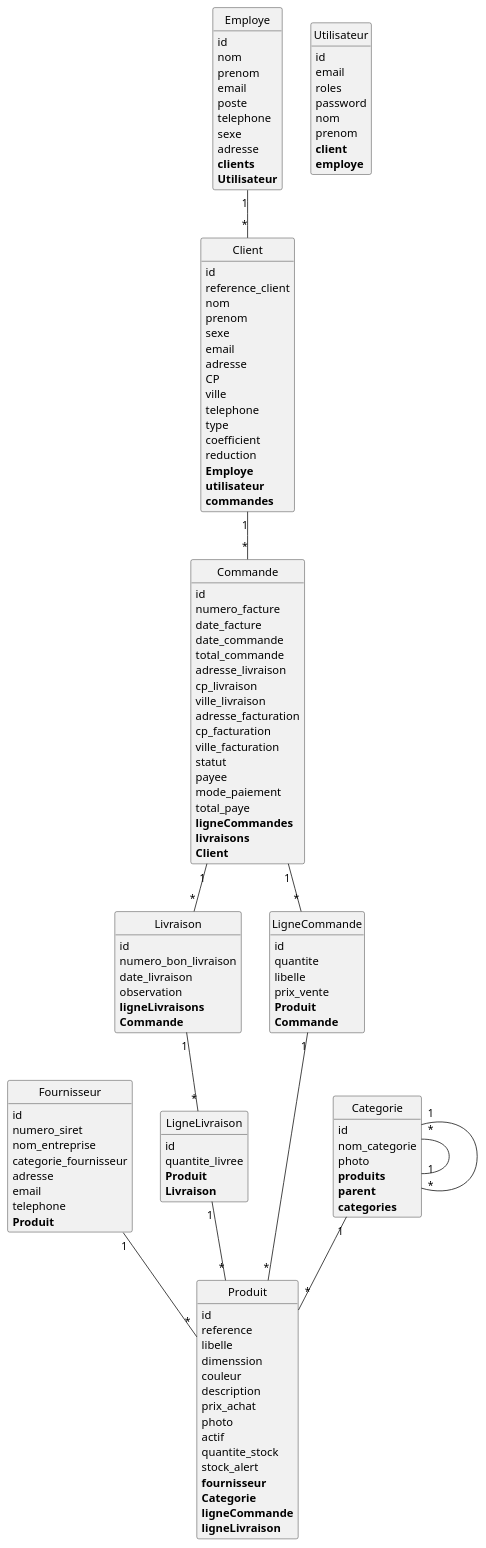
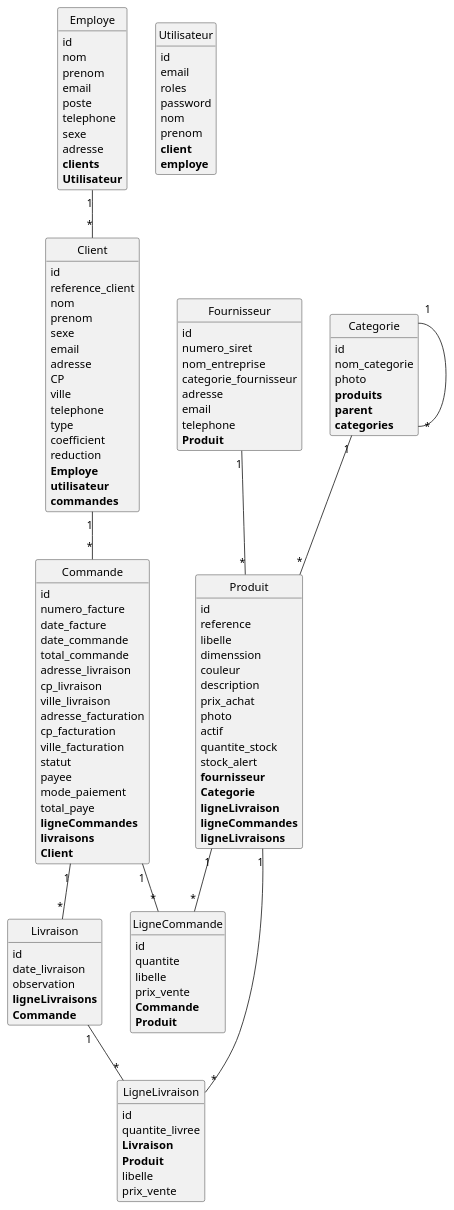
One commit to AMMOUCHI23/villageGreen changed the diagram in puml/index.puml. Above: the diagram before and after it, drawn with PlantUML. The commit also changed 11 other files, not shown here.

```diff
--- a/puml/index.puml
+++ b/puml/index.puml
@@ -1,142 +1,143 @@
 class Livraison {
 	id
-	numero_bon_livraison
 	date_livraison
 	observation
 	**ligneLivraisons**
 	**Commande**
 }
 
 class Client {
 	id
 	reference_client
 	nom
 	prenom
 	sexe
 	email
 	adresse
 	CP
 	ville
 	telephone
 	type
 	coefficient
 	reduction
 	**Employe**
 	**utilisateur**
 	**commandes**
 }
 
 class Fournisseur {
 	id
 	numero_siret
 	nom_entreprise
 	categorie_fournisseur
 	adresse
 	email
 	telephone
 	**Produit**
 }
 
 class LigneLivraison {
 	id
 	quantite_livree
+	**Livraison**
 	**Produit**
-	**Livraison**
+	libelle
+	prix_vente
 }
 
 class Employe {
 	id
 	nom
 	prenom
 	email
 	poste
 	telephone
 	sexe
 	adresse
 	**clients**
 	**Utilisateur**
 }
 
 class Utilisateur {
 	id
 	email
 	roles
 	password
 	nom
 	prenom
 	**client**
 	**employe**
 }
 
 class Produit {
 	id
 	reference
 	libelle
 	dimenssion
 	couleur
 	description
 	prix_achat
 	photo
 	actif
 	quantite_stock
 	stock_alert
 	**fournisseur**
 	**Categorie**
-	**ligneCommande**
 	**ligneLivraison**
+	**ligneCommandes**
+	**ligneLivraisons**
 }
 
 class LigneCommande {
 	id
 	quantite
 	libelle
 	prix_vente
+	**Commande**
 	**Produit**
-	**Commande**
 }
 
 class Commande {
 	id
 	numero_facture
 	date_facture
 	date_commande
 	total_commande
 	adresse_livraison
 	cp_livraison
 	ville_livraison
 	adresse_facturation
 	cp_facturation
 	ville_facturation
 	statut
 	payee
 	mode_paiement
 	total_paye
 	**ligneCommandes**
 	**livraisons**
 	**Client**
 }
 
 class Categorie {
 	id
 	nom_categorie
 	photo
 	**produits**
 	**parent**
 	**categories**
 }
 
 Livraison "1"--"*" LigneLivraison
 Client "1"--"*" Commande
 Fournisseur "1"--"*" Produit
-LigneLivraison "1"--"*" Produit
 Employe "1"--"*" Client
-LigneCommande "1"--"*" Produit
+Produit "1"--"*" LigneCommande
+Produit "1"--"*" LigneLivraison
 Commande "1"--"*" LigneCommande
 Commande "1"--"*" Livraison
 Categorie "1"--"*" Produit
-Categorie "*"--"1" Categorie
 Categorie "1"--"*" Categorie
 
 
 hide methods
 hide circle
```
